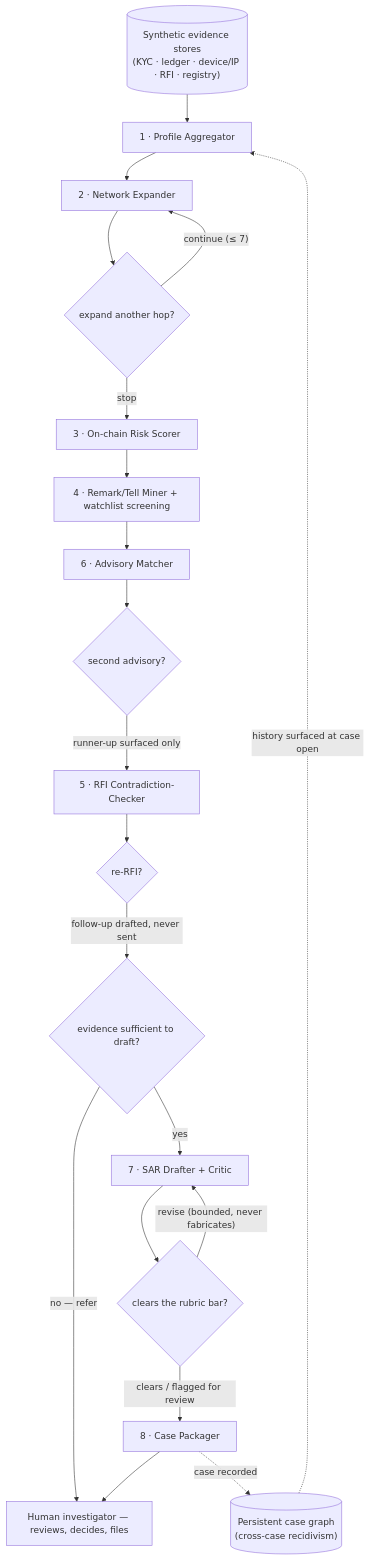
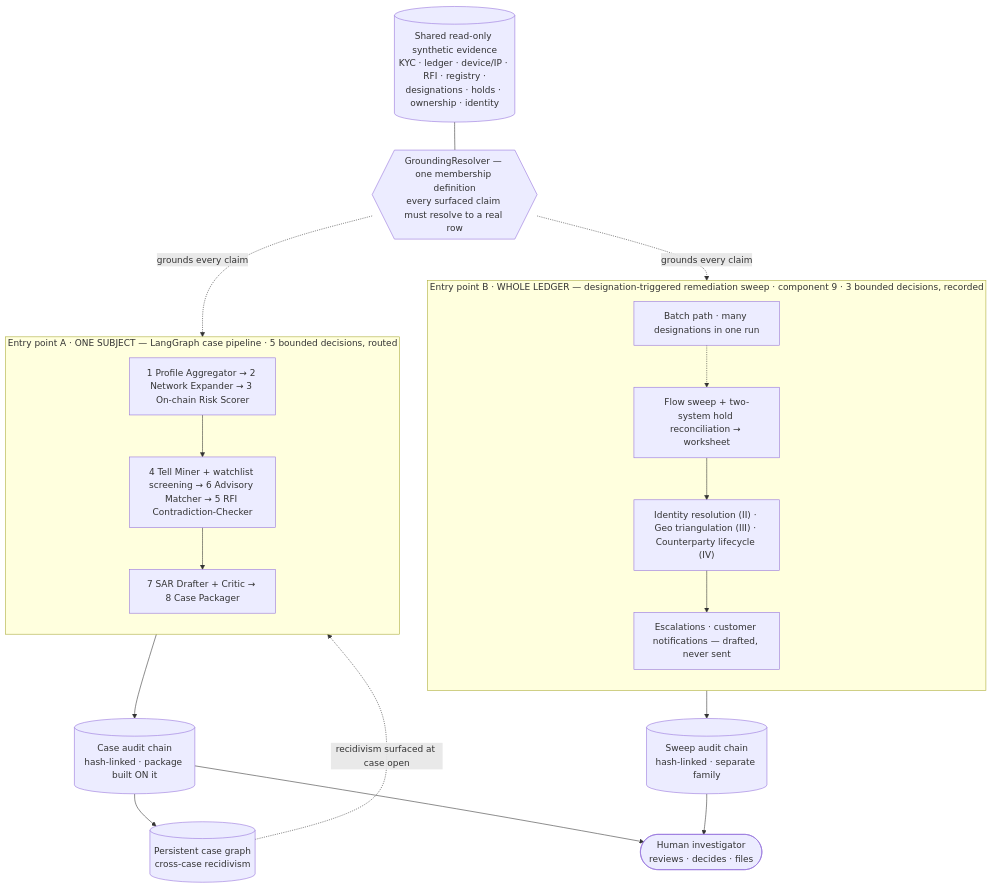
The diagram in README.md (hije-1/okojo), drawn with Mermaid before and after one commit. The commit also changed other lines of this file and 3 other files, not shown here.

First line of the commit message:
Phase 8 sign-off W2: architecture-diagram refresh, roadmap, final status bump

````diff
--- a/README.md
+++ b/README.md
@@ -68,25 +74,34 @@
 ```mermaid
 flowchart TD
-    EV[("Synthetic evidence stores<br/>(KYC · ledger · device/IP · RFI · registry)")]
-    CG[("Persistent case graph<br/>(cross-case recidivism)")]
+    EV[("Shared read-only synthetic evidence<br/>KYC · ledger · device/IP · RFI · registry ·<br/>designations · holds · ownership · identity")]
+    GR{{"GroundingResolver — one membership definition<br/>every surfaced claim must resolve to a real row"}}
+    CG[("Persistent case graph<br/>cross-case recidivism")]
+    HUM(["Human investigator<br/>reviews · decides · files"])
 
-    EV --> PA["1 · Profile Aggregator"]
-    CG -. "history surfaced at case open" .-> PA
-    PA --> NE["2 · Network Expander"]
-    NE --> D1{"expand another hop?"}
-    D1 -- "continue (≤ 7)" --> NE
-    D1 -- "stop" --> RS["3 · On-chain Risk Scorer"]
-    RS --> TM["4 · Remark/Tell Miner + watchlist screening"]
-    TM --> AM["6 · Advisory Matcher"]
-    AM --> D2{"second advisory?"}
-    D2 -- "runner-up surfaced only" --> RFI["5 · RFI Contradiction-Checker"]
-    RFI --> D3{"re-RFI?"}
-    D3 -- "follow-up drafted, never sent" --> D4{"evidence sufficient to draft?"}
-    D4 -- "no — refer" --> HUM
-    D4 -- "yes" --> SAR["7 · SAR Drafter + Critic"]
-    SAR --> D5{"clears the rubric bar?"}
-    D5 -- "revise (bounded, never fabricates)" --> SAR
-    D5 -- "clears / flagged for review" --> PKG["8 · Case Packager"]
-    PKG -. "case recorded" .-> CG
-    PKG --> HUM["Human investigator — reviews, decides, files"]
+    EV --- GR
+
+    subgraph A["Entry point A · ONE SUBJECT — LangGraph case pipeline · 5 bounded decisions, routed"]
+        direction TB
+        PA["1 Profile Aggregator → 2 Network Expander → 3 On-chain Risk Scorer"]
+        PA --> TM["4 Tell Miner + watchlist screening → 6 Advisory Matcher → 5 RFI Contradiction-Checker"]
+        TM --> SAR["7 SAR Drafter + Critic → 8 Case Packager"]
+    end
+
+    subgraph B["Entry point B · WHOLE LEDGER — designation-triggered remediation sweep · component 9 · 3 bounded decisions, recorded"]
+        direction TB
+        FLOW["Flow sweep + two-system hold reconciliation → worksheet"]
+        FLOW --> STG["Identity resolution (II) · Geo triangulation (III) · Counterparty lifecycle (IV)"]
+        STG --> OUT["Escalations · customer notifications — drafted, never sent"]
+        BATCH["Batch path · many designations in one run"] -.-> FLOW
+    end
+
+    GR -. "grounds every claim" .-> A
+    GR -. "grounds every claim" .-> B
+
+    A --> CAC[("Case audit chain<br/>hash-linked · package built ON it")]
+    B --> SAC[("Sweep audit chain<br/>hash-linked · separate family")]
+    CAC --> CG
+    CG -. "recidivism surfaced at case open" .-> A
+    CAC --> HUM
+    SAC --> HUM
 ```
````
